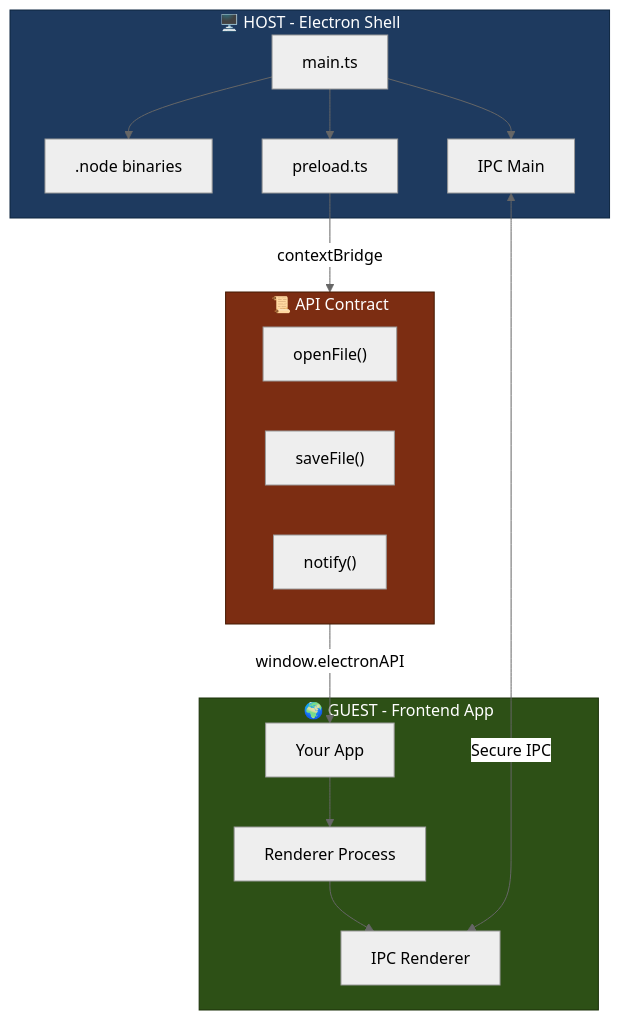
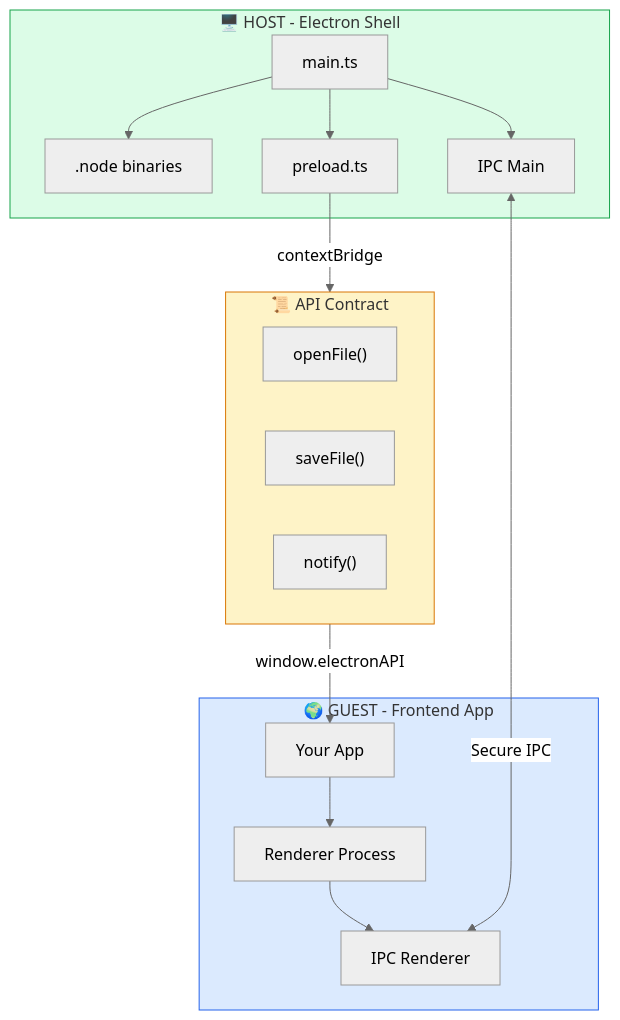
The third of 8 diagrams in packages/nx-electron-vite/documentation/src/architecture-pattern.md (ErickRodrCodes/nx-plugins), drawn with Mermaid (neutral theme) before and after one commit. The commit also changed 7 other files, not shown here.

Commit message:
docs: updated troubleshootings and architecture pattern charts

````diff
--- a/packages/nx-electron-vite/documentation/src/architecture-pattern.md
+++ b/packages/nx-electron-vite/documentation/src/architecture-pattern.md
@@ -135,34 +135,34 @@
 ```mermaid
 flowchart TB
     subgraph Host["🖥️ HOST - Electron Shell"]
         MAIN["main.ts"]
         NATIVE[".node binaries"]
         PRELOAD["preload.ts"]
         IPC_MAIN["IPC Main"]
         MAIN --> NATIVE
         MAIN --> PRELOAD
         MAIN --> IPC_MAIN
     end
 
     subgraph Contract["📜 API Contract"]
         API1["openFile()"]
         API2["saveFile()"]
         API3["notify()"]
     end
 
     subgraph Guest["🌍 GUEST - Frontend App"]
         APP["Your App"]
         RENDERER["Renderer Process"]
         IPC_RENDERER["IPC Renderer"]
         APP --> RENDERER
         RENDERER --> IPC_RENDERER
     end
 
     PRELOAD -->|"contextBridge"| Contract
     Contract -->|"window.electronAPI"| APP
     IPC_MAIN <-->|"Secure IPC"| IPC_RENDERER
 
-    style Host fill:#1e3a5f,stroke:#0d253f,color:#fff
-    style Guest fill:#2d5016,stroke:#1a3009,color:#fff
-    style Contract fill:#7c2d12,stroke:#451a03,color:#fff
+    style Host fill:#dcfce7,stroke:#16a34a
+    style Guest fill:#dbeafe,stroke:#2563eb
+    style Contract fill:#fef3c7,stroke:#d97706
 ```
````
